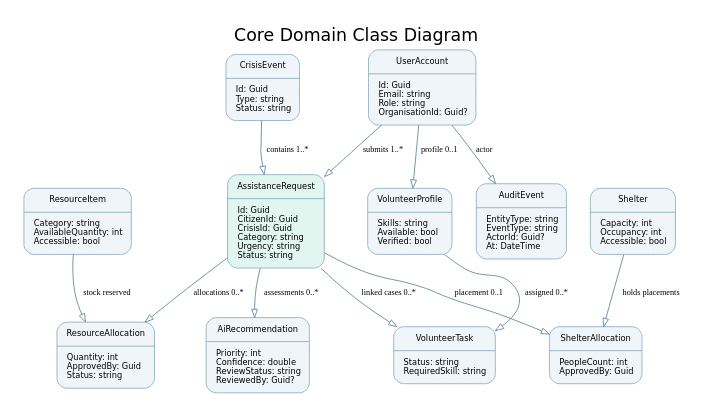
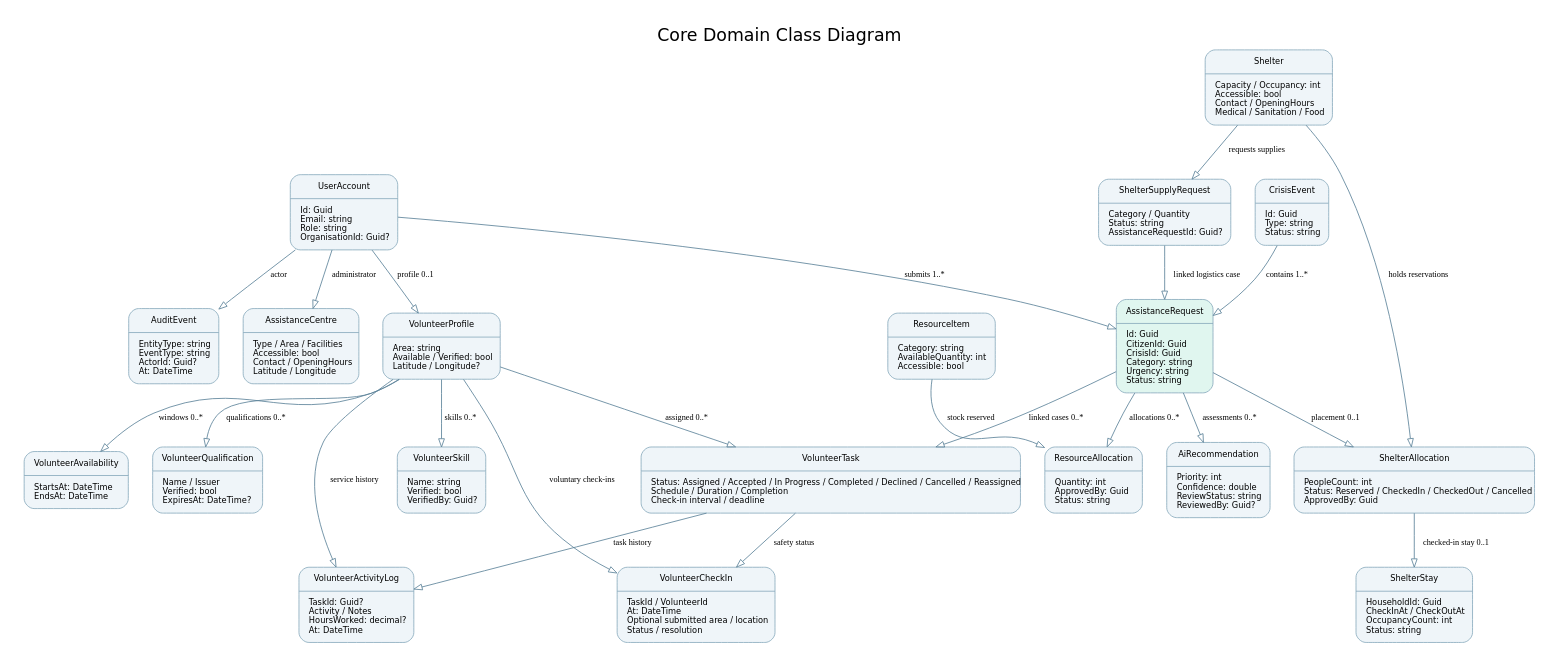
The diagram in diagrams/03_class.dot (pdchamodiwya/Crisis-Aid-Platform), drawn with Graphviz before and after one commit. The commit also changed 1 other file, not shown here.

Commit message:
Update class and ER diagrams for shelter and volunteer entities

```diff
--- a/diagrams/03_class.dot
+++ b/diagrams/03_class.dot
@@ -1,22 +1,36 @@
 digraph Classes {
  graph [label="Core Domain Class Diagram",fontname="DejaVu Sans",fontsize=21,labelloc=t,ranksep=.65,nodesep=.4,pad=.3];
  node [shape=record,style="rounded,filled",fillcolor="#eff5f9",color="#89aabd",fontname="DejaVu Sans",fontsize=10,margin=".16,.12"];
  edge [arrowhead=empty,color="#5a8198",fontsize=10];
  user [label="{UserAccount|Id: Guid\lEmail: string\lRole: string\lOrganisationId: Guid?\l}"];
  crisis [label="{CrisisEvent|Id: Guid\lType: string\lStatus: string\l}"];
  request [label="{AssistanceRequest|Id: Guid\lCitizenId: Guid\lCrisisId: Guid\lCategory: string\lUrgency: string\lStatus: string\l}",fillcolor="#e0f6ef"];
  decision [label="{AiRecommendation|Priority: int\lConfidence: double\lReviewStatus: string\lReviewedBy: Guid?\l}"];
  resource [label="{ResourceItem|Category: string\lAvailableQuantity: int\lAccessible: bool\l}"];
  reservation [label="{ResourceAllocation|Quantity: int\lApprovedBy: Guid\lStatus: string\l}"];
- shelter [label="{Shelter|Capacity: int\lOccupancy: int\lAccessible: bool\l}"];
- place [label="{ShelterAllocation|PeopleCount: int\lApprovedBy: Guid\l}"];
- volunteer [label="{VolunteerProfile|Skills: string\lAvailable: bool\lVerified: bool\l}"];
- task [label="{VolunteerTask|Status: string\lRequiredSkill: string\l}"];
+ shelter [label="{Shelter|Capacity / Occupancy: int\lAccessible: bool\lContact / OpeningHours\lMedical / Sanitation / Food\l}"];
+ place [label="{ShelterAllocation|PeopleCount: int\lStatus: Reserved / CheckedIn / CheckedOut / Cancelled\lApprovedBy: Guid\l}"];
+ stay [label="{ShelterStay|HouseholdId: Guid\lCheckInAt / CheckOutAt\lOccupancyCount: int\lStatus: string\l}"];
+ centre [label="{AssistanceCentre|Type / Area / Facilities\lAccessible: bool\lContact / OpeningHours\lLatitude / Longitude\l}"];
+ supply [label="{ShelterSupplyRequest|Category / Quantity\lStatus: string\lAssistanceRequestId: Guid?\l}"];
+ volunteer [label="{VolunteerProfile|Area: string\lAvailable / Verified: bool\lLatitude / Longitude?\l}"];
+ skill [label="{VolunteerSkill|Name: string\lVerified: bool\lVerifiedBy: Guid?\l}"];
+ availability [label="{VolunteerAvailability|StartsAt: DateTime\lEndsAt: DateTime\l}"];
+ qualification [label="{VolunteerQualification|Name / Issuer\lVerified: bool\lExpiresAt: DateTime?\l}"];
+ task [label="{VolunteerTask|Status: Assigned / Accepted / In Progress / Completed / Declined / Cancelled / Reassigned\lSchedule / Duration / Completion\lCheck-in interval / deadline\l}"];
+ activity [label="{VolunteerActivityLog|TaskId: Guid?\lActivity / Notes\lHoursWorked: decimal?\lAt: DateTime\l}"];
+ checkin [label="{VolunteerCheckIn|TaskId / VolunteerId\lAt: DateTime\lOptional submitted area / location\lStatus / resolution\l}"];
  audit [label="{AuditEvent|EntityType: string\lEventType: string\lActorId: Guid?\lAt: DateTime\l}"];
  user->request [label="submits 1..*"];crisis->request [label="contains 1..*"];
  request->decision [label="assessments 0..*"];request->reservation [label="allocations 0..*"];
- resource->reservation [label="stock reserved"];request->place [label="placement 0..1"];
- shelter->place [label="holds placements"];user->volunteer [label="profile 0..1"];
+ resource->reservation [label="stock reserved"]; request->place [label="placement 0..1"];
+ shelter->place [label="holds reservations"];place->stay [label="checked-in stay 0..1"];
+ shelter->supply [label="requests supplies"];supply->request [label="linked logistics case"];
+ user->volunteer [label="profile 0..1"];user->centre [label="administrator"];
+ volunteer->skill [label="skills 0..*"];volunteer->availability [label="windows 0..*"];
+ volunteer->qualification [label="qualifications 0..*"];
  volunteer->task [label="assigned 0..*"];request->task [label="linked cases 0..*"];
+ volunteer->activity [label="service history"];task->activity [label="task history"];
+ volunteer->checkin [label="voluntary check-ins"];task->checkin [label="safety status"];
  user->audit [label="actor"];
 }
```
